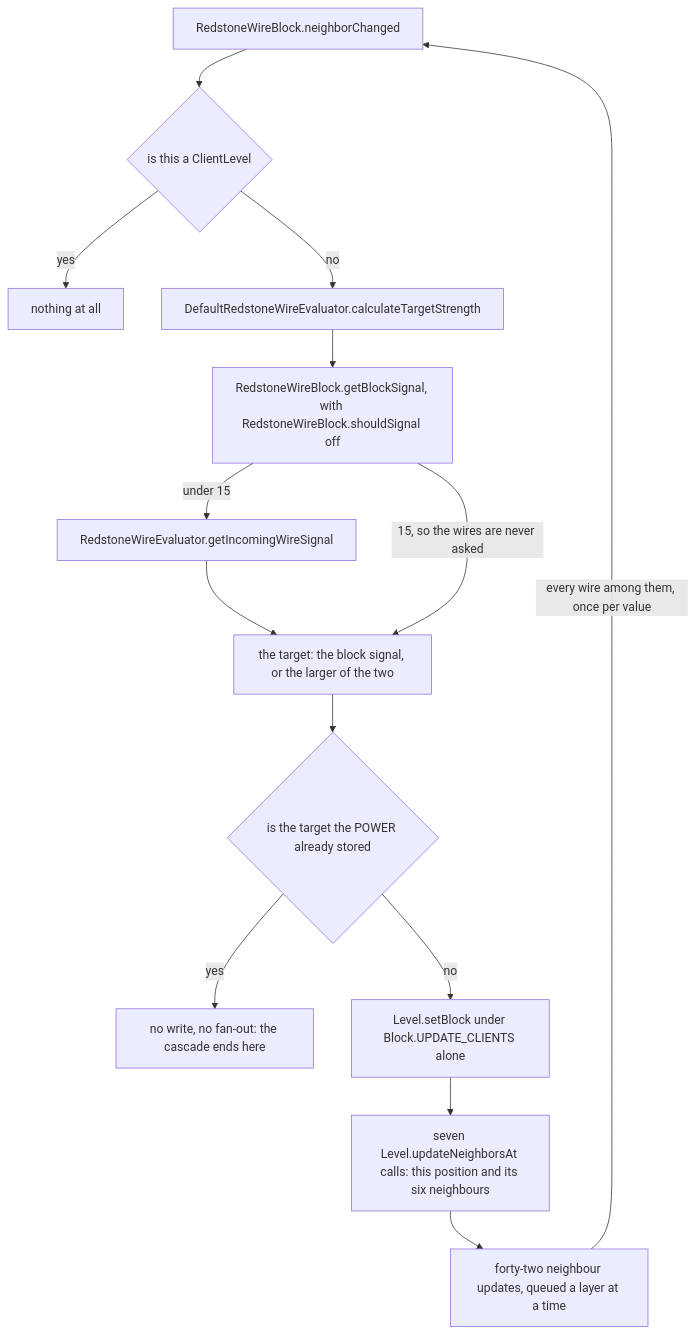
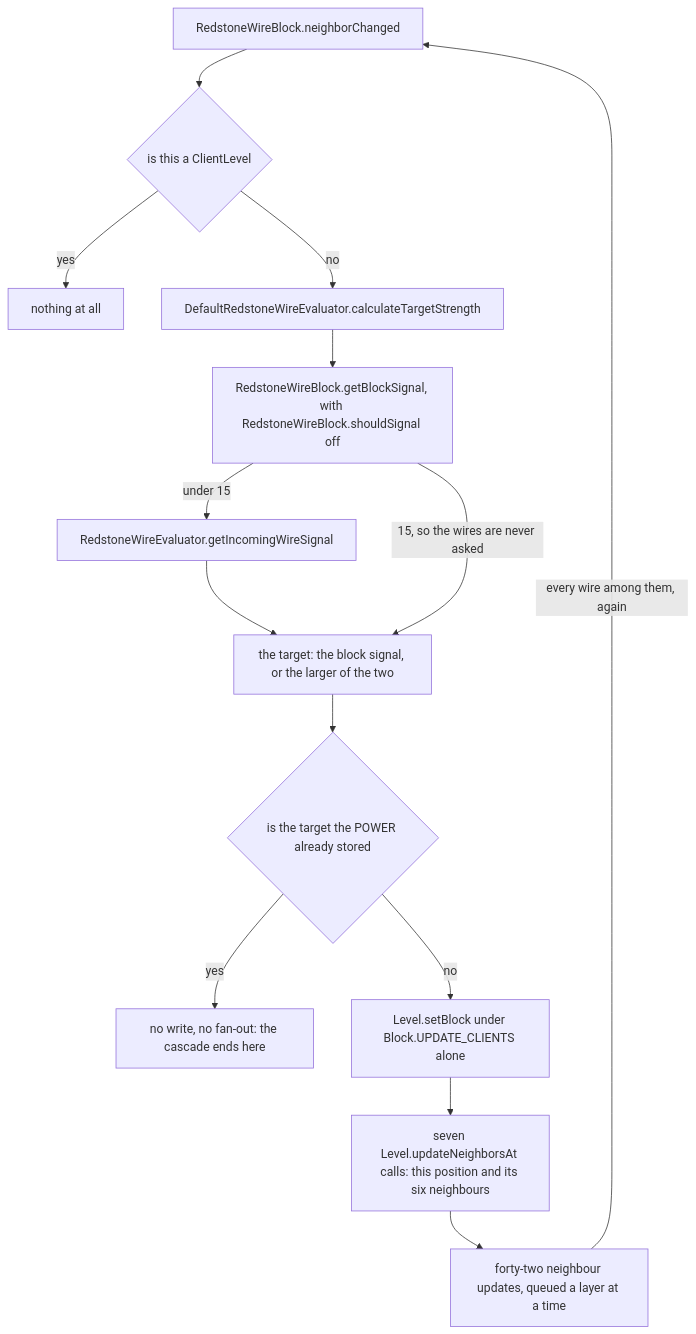
One commit to AlexanderjFraser/MinecraftDocs changed the first of 2 diagrams in src/systems/blocks/signal-and-dust.md. Above: the diagram before and after it, drawn with Mermaid. The commit also changed other lines of this file and 21 other files, not shown here.

````diff
--- a/src/systems/blocks/signal-and-dust.md
+++ b/src/systems/blocks/signal-and-dust.md
@@ -42,25 +42,25 @@
 ```mermaid
 flowchart TD
     IN["RedstoneWireBlock.neighborChanged"]
     CLIENT{"is this a ClientLevel"}
     NOTHING["nothing at all"]
     CALC["DefaultRedstoneWireEvaluator.calculateTargetStrength"]
     BLK["RedstoneWireBlock.getBlockSignal, with RedstoneWireBlock.shouldSignal off"]
     WIRE["RedstoneWireEvaluator.getIncomingWireSignal"]
     TARGET["the target: the block signal, or the larger of the two"]
     SAME{"is the target the POWER already stored"}
     STOP["no write, no fan-out: the cascade ends here"]
     WRITE["Level.setBlock under Block.UPDATE_CLIENTS alone"]
     FAN["seven Level.updateNeighborsAt calls: this position and its six neighbours"]
     OUT["forty-two neighbour updates, queued a layer at a time"]
     IN --> CLIENT
     CLIENT -- "yes" --> NOTHING
     CLIENT -- "no" --> CALC
     CALC --> BLK
     BLK -- "under 15" --> WIRE --> TARGET
     BLK -- "15, so the wires are never asked" --> TARGET
     TARGET --> SAME
     SAME -- "yes" --> STOP
     SAME -- "no" --> WRITE --> FAN --> OUT
-    OUT -- "every wire among them, once per value" --> IN
+    OUT -- "every wire among them, again" --> IN
 ```
````
